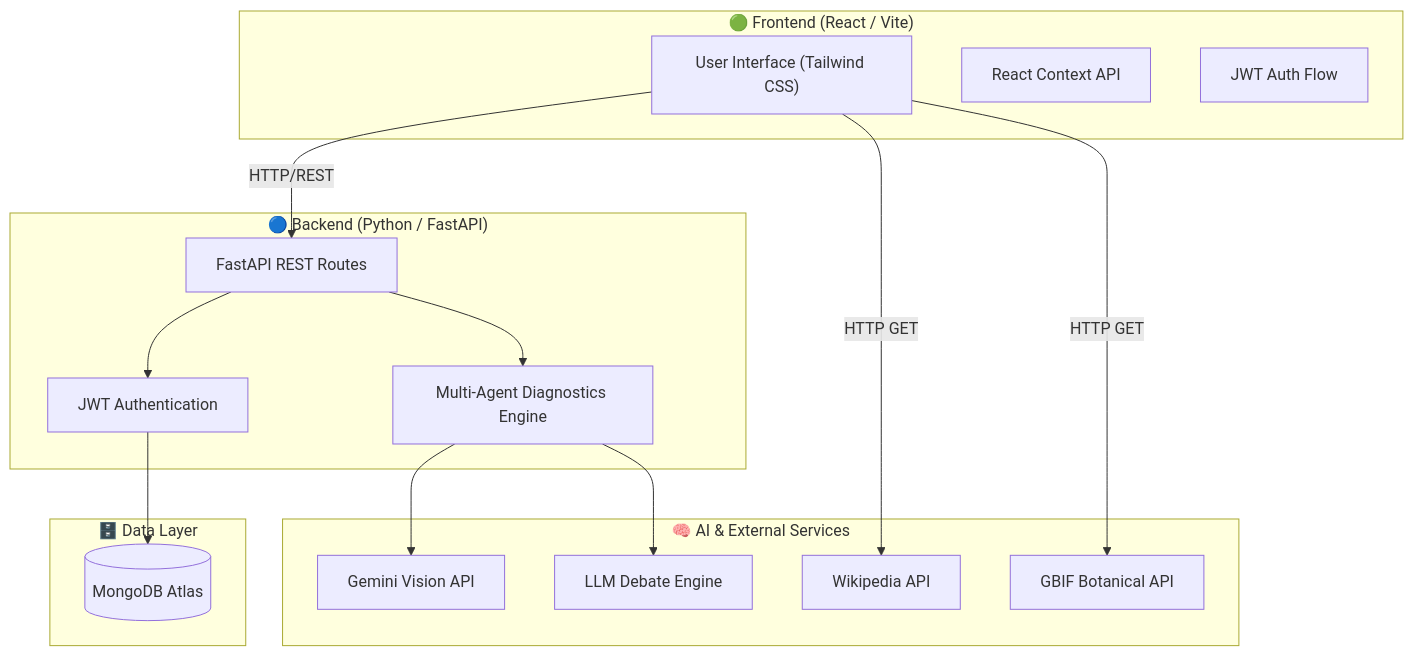
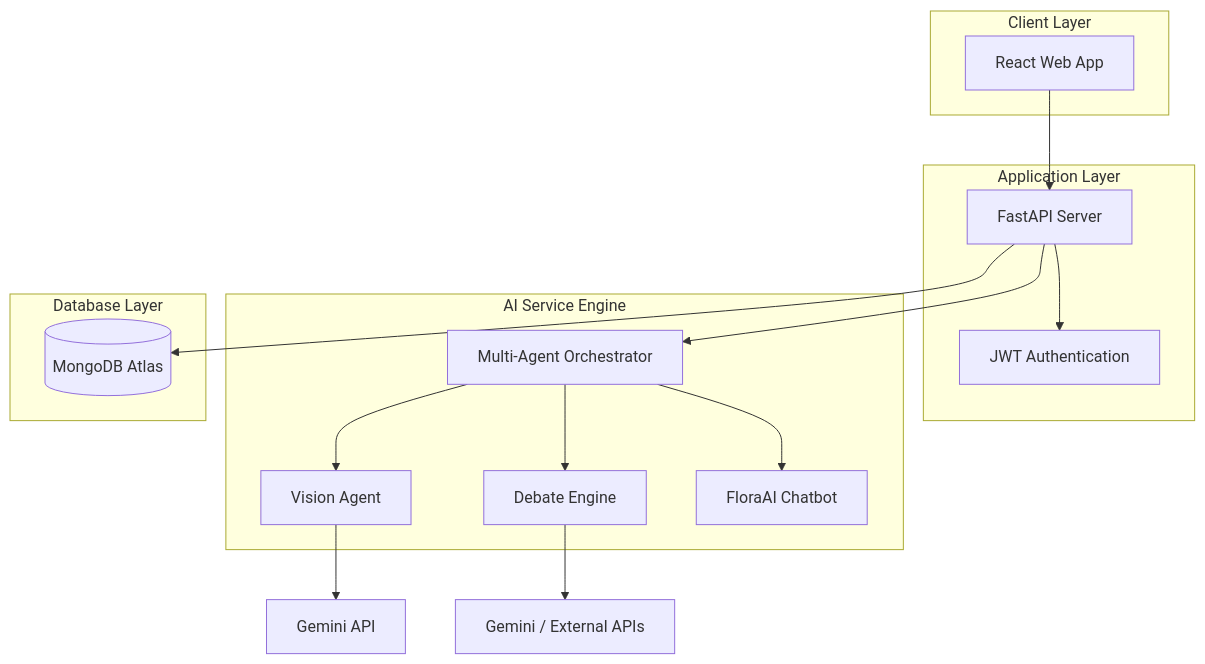
The first of 2 diagrams in README.md (yuvanvishnupandi/phytonexus), drawn with Mermaid before and after one commit. The commit also changed other lines of this file, not shown here.

````diff
--- a/README.md
+++ b/README.md
@@ -42,34 +136,36 @@
 ```mermaid
 graph TD
-    subgraph Frontend ["🟢 Frontend (React / Vite)"]
-        UI["User Interface (Tailwind CSS)"]
-        State["React Context API"]
-        AuthUI["JWT Auth Flow"]
-    end
 
-    subgraph Backend ["🔵 Backend (Python / FastAPI)"]
-        API["FastAPI REST Routes"]
-        Auth["JWT Authentication"]
-        AgentOrch["Multi-Agent Diagnostics Engine"]
-    end
+subgraph Client["Client Layer"]
+WebApp[React Web App]
+end
 
-    subgraph AI_Services ["🧠 AI & External Services"]
-        Vision["Gemini Vision API"]
-        Debate["LLM Debate Engine"]
-        Wiki["Wikipedia API"]
-        GBIF["GBIF Botanical API"]
-    end
+subgraph Server["Application Layer"]
+API[FastAPI Server]
+AUTH[JWT Authentication]
+end
 
-    subgraph Database ["🗄️ Data Layer"]
-        Mongo[("MongoDB Atlas")]
-    end
+subgraph AI["AI Service Engine"]
+ORCH[Multi-Agent Orchestrator]
+VISION[Vision Agent]
+DEBATE[Debate Engine]
+FLORA[FloraAI Chatbot]
+end
 
-    UI -->|"HTTP/REST"| API
-    API --> Auth
-    Auth --> Mongo
-    API --> AgentOrch
-    AgentOrch --> Vision
-    AgentOrch --> Debate
-    UI -->|"HTTP GET"| Wiki
-    UI -->|"HTTP GET"| GBIF
+subgraph Database["Database Layer"]
+MYSQL[(MongoDB Atlas)]
+end
+
+WebApp --> API
+
+API --> AUTH
+API --> MYSQL
+API --> ORCH
+
+ORCH --> VISION
+ORCH --> DEBATE
+ORCH --> FLORA
+
+VISION --> GeminiAPI[Gemini API]
+DEBATE --> LLM_APIs[Gemini / External APIs]
 ```
````
